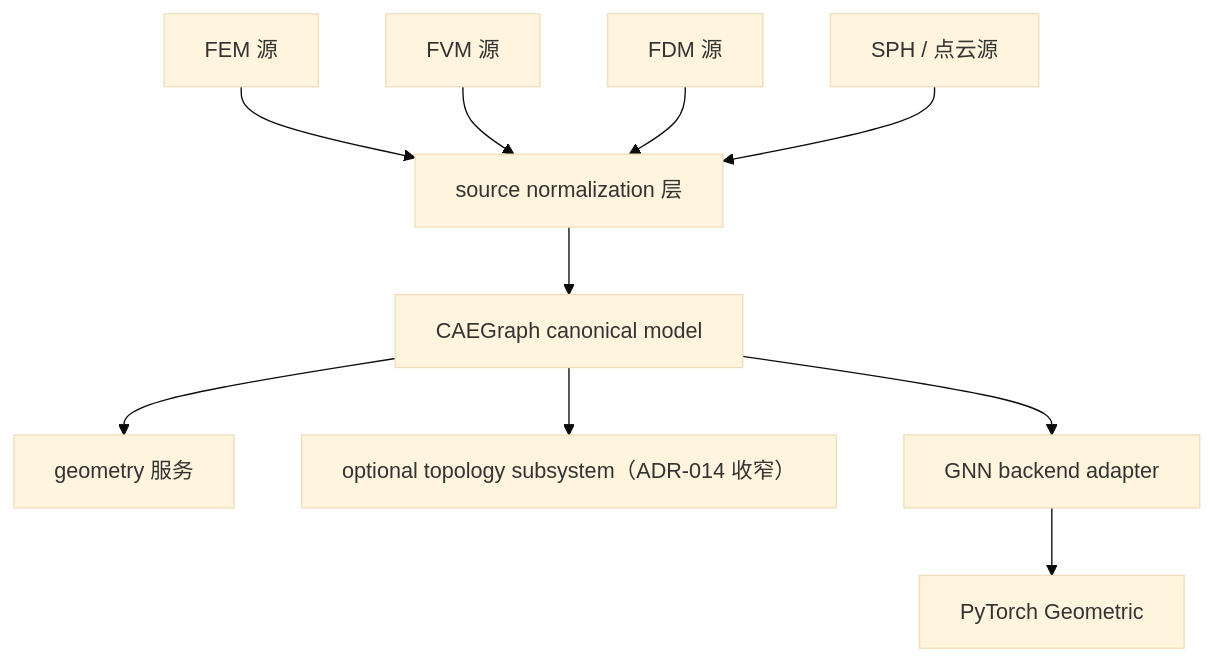
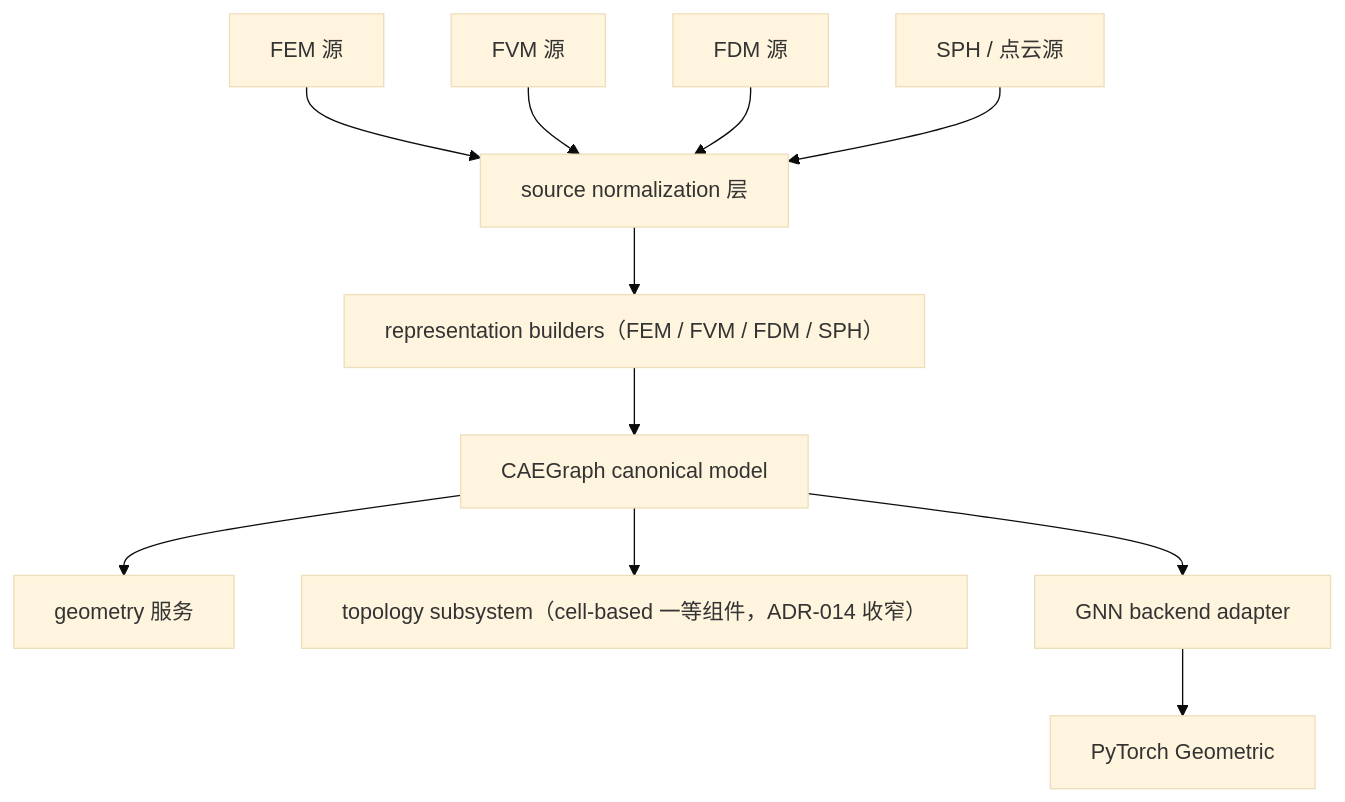
Before and after one commit to XYChouMian/caegraph: the first of 2 diagrams in architecture/decisions/ADR-015-caegraph-representation.md, drawn with Mermaid (base theme). The commit also changed other lines of this file and 1 other file, not shown here.

Commit message:
arch(caegraph): refine adr-015 hierarchy, mesh role and builder naming

````diff
--- a/architecture/decisions/ADR-015-caegraph-representation.md
+++ b/architecture/decisions/ADR-015-caegraph-representation.md
@@ -51,14 +53,15 @@
 ```mermaid
 flowchart TD
     FEM["FEM 源"] --> N["source normalization 层"]
     FVM["FVM 源"] --> N
     FDM["FDM 源"] --> N
     SPR["SPH / 点云源"] --> N
-    N --> C["CAEGraph canonical model"]
+    N --> B["representation builders（FEM / FVM / FDM / SPH）"]
+    B --> C["CAEGraph canonical model"]
     C --> GEO["geometry 服务"]
-    C --> TOP["optional topology subsystem（ADR-014 收窄）"]
+    C --> TOP["topology subsystem（cell-based 一等组件，ADR-014 收窄）"]
     C --> ADP["GNN backend adapter"]
     ADP --> PYG["PyTorch Geometric"]
     classDef nowrap white-space:nowrap
-    class FEM,FVM,FDM,SPR,N,C,GEO,TOP,ADP,PYG nowrap
+    class FEM,FVM,FDM,SPR,N,B,C,GEO,TOP,ADP,PYG nowrap
 ```
````
